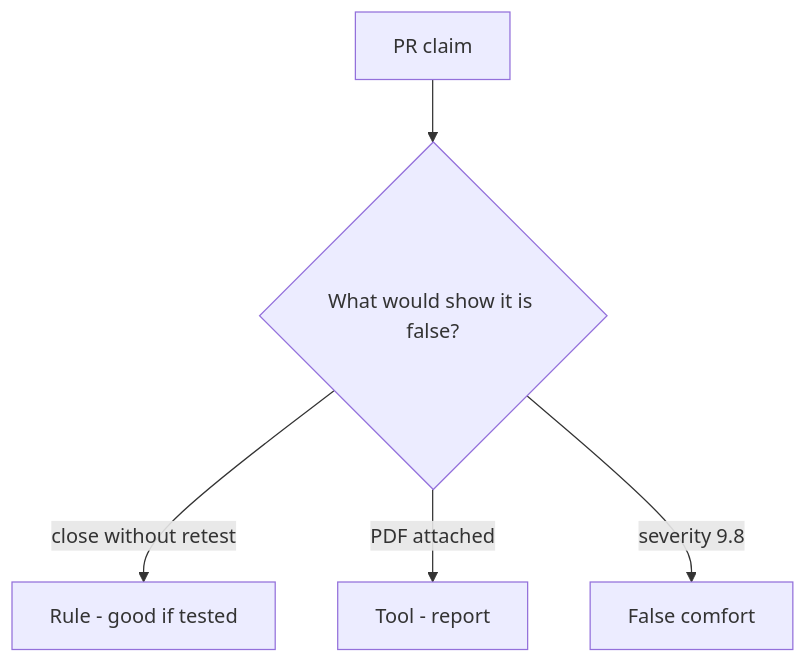
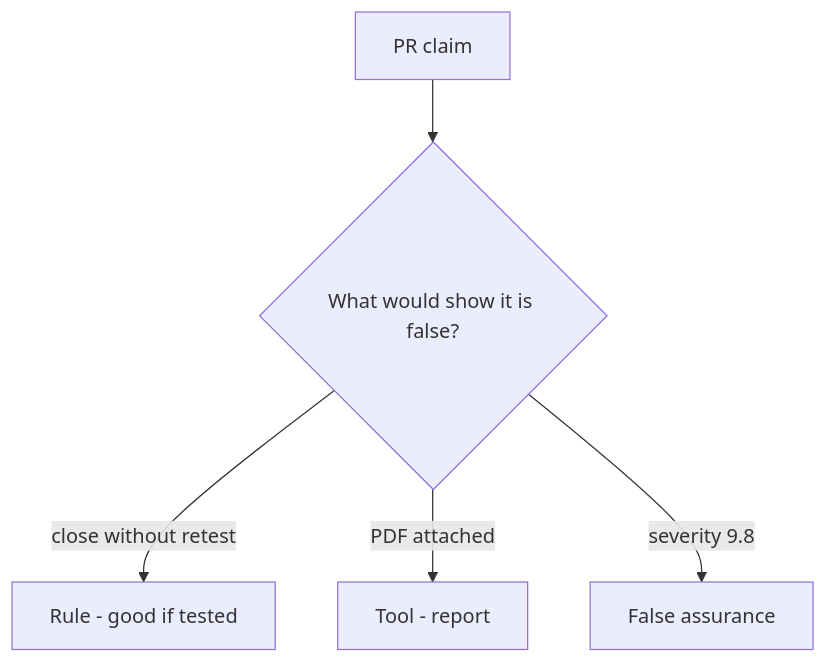
One commit to ishitvagoel/LearnSecurity changed the diagram in content/modules/9/9.5/lessons/08-review.md. Above: the diagram before and after it, drawn with Mermaid. The commit also changed other lines of this file and 240 other files, not shown here.

````diff
--- a/content/modules/9/9.5/lessons/08-review.md
+++ b/content/modules/9/9.5/lessons/08-review.md
@@ -18,7 +18,7 @@
 ```mermaid
 flowchart TD
   Claim[PR claim] --> Q{"What would show it is false?"}
   Q -->|close without retest| Property["Rule - good if tested"]
   Q -->|PDF attached| Mechanism[Tool - report]
-  Q -->|"severity 9.8"| False[False comfort]
+  Q -->|"severity 9.8"| False[False assurance]
 ```
````
